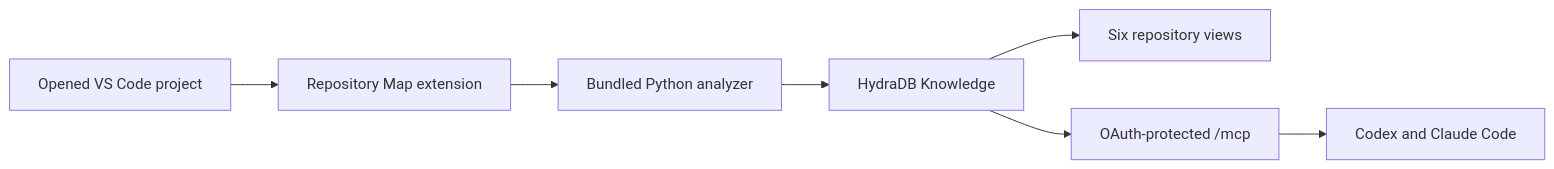
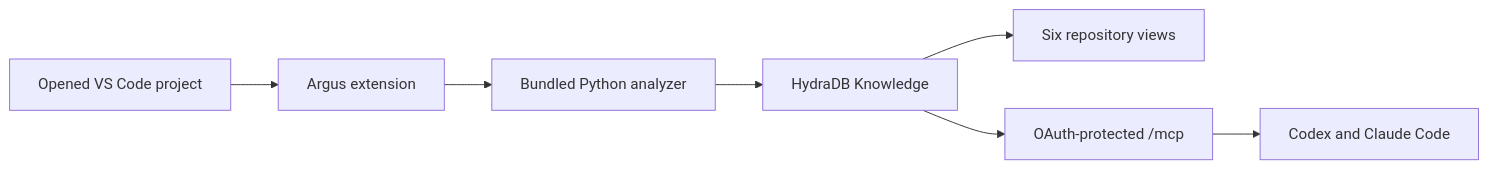
Before and after one commit to RETR0-OS/RepoMapper: the diagram in README.md, drawn with Mermaid. The commit also changed other lines of this file and 14 other files, not shown here.

````diff
--- a/README.md
+++ b/README.md
@@ -32,9 +32,9 @@
 ```mermaid
 flowchart LR
-    Project["Opened VS Code project"] --> Extension["Repository Map extension"]
+    Project["Opened VS Code project"] --> Extension["Argus extension"]
     Extension --> Analyzer["Bundled Python analyzer"]
     Analyzer --> HydraDB["HydraDB Knowledge"]
     HydraDB --> Views["Six repository views"]
     HydraDB --> MCP["OAuth-protected /mcp"]
     MCP --> Agents["Codex and Claude Code"]
 ```
````
